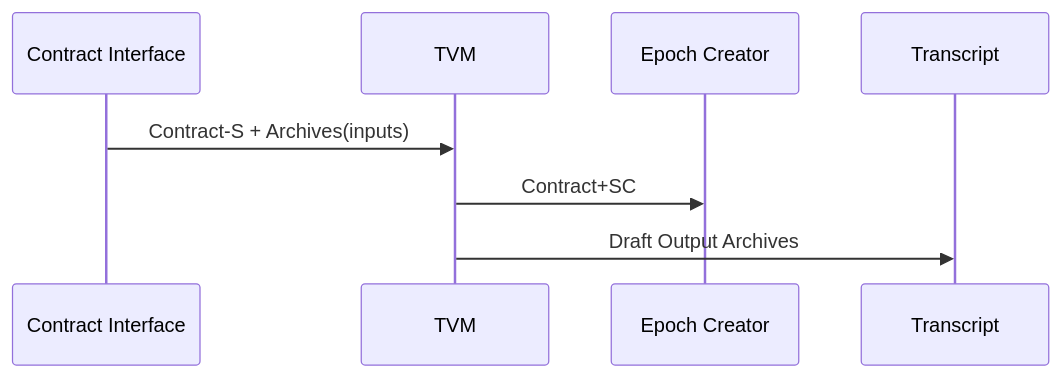
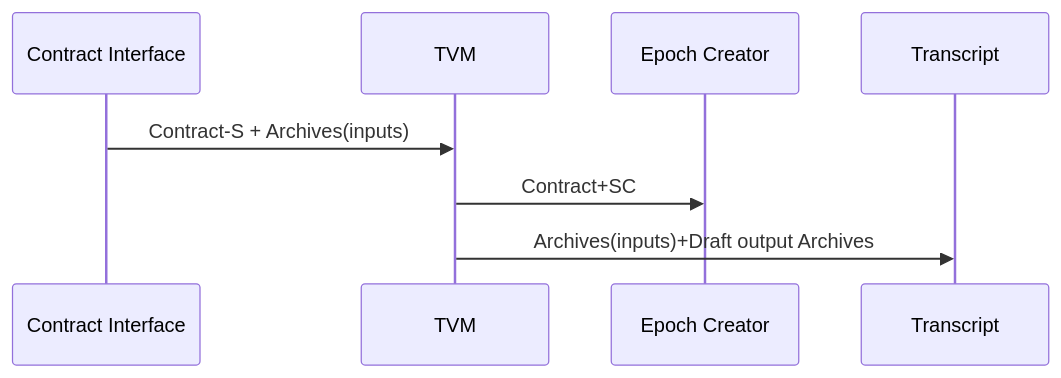
The diagram in documents/architecture/TVM.md (tagion/tagion), drawn with Mermaid before and after one commit. The commit also changed 1 other file, not shown here.

Commit message:
BDD: TVM Transcript

````diff
--- a/documents/architecture/TVM.md
+++ b/documents/architecture/TVM.md
@@ -29,10 +29,10 @@
 ```mermaid
 sequenceDiagram
     participant Contract Interface
     participant TVM
     participant Epoch Creator
     participant Transcript
     Contract Interface ->> TVM: Contract-S + Archives(inputs)
     TVM ->> Epoch Creator: Contract+SC
-    TVM ->> Transcript: Draft Output Archives 
+    TVM ->> Transcript: Archives(inputs)+Draft output Archives 
 ```
````
